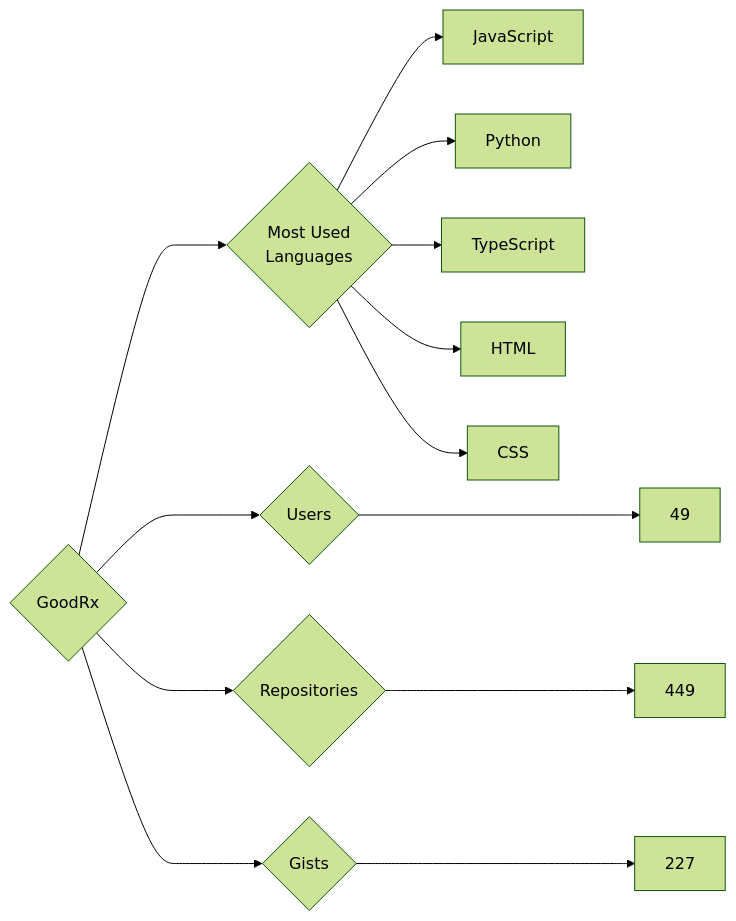
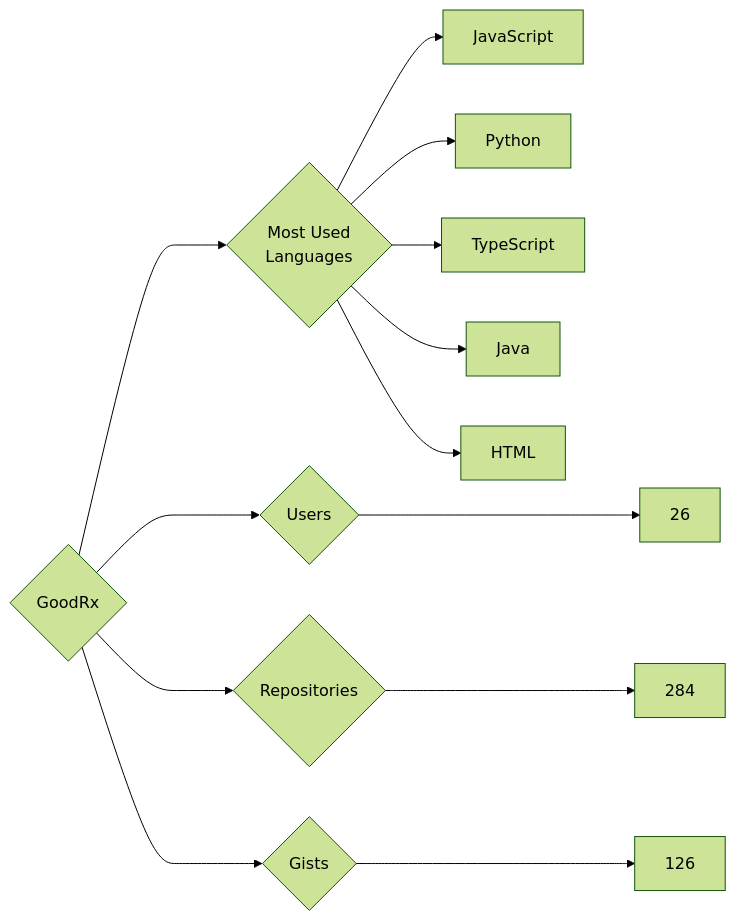
One commit to trickest/insiders changed the diagram in targets/GoodRx/README.md. Above: the diagram before and after it, drawn with Mermaid (forest theme). The commit also changed 900 other files, not shown here.

````diff
--- a/targets/GoodRx/README.md
+++ b/targets/GoodRx/README.md
@@ -3,13 +3,13 @@
 ```mermaid
 graph LR
 COMPANY_NAME{GoodRx}
-COMPANY_NAME ---> U{Users} ---> UN[49]
-COMPANY_NAME ---> R{Repositories} ---> RN[449]
-COMPANY_NAME ---> G{Gists} ---> GN[227]
+COMPANY_NAME ---> U{Users} ---> UN[26]
+COMPANY_NAME ---> R{Repositories} ---> RN[284]
+COMPANY_NAME ---> G{Gists} ---> GN[126]
 COMPANY_NAME ---> ML{Most Used<br>Languages}
 ML --> JavaScript[JavaScript]
 ML --> Python[Python]
 ML --> TypeScript[TypeScript]
+ML --> Java[Java]
 ML --> HTML[HTML]
-ML --> CSS[CSS]
 ```
````
